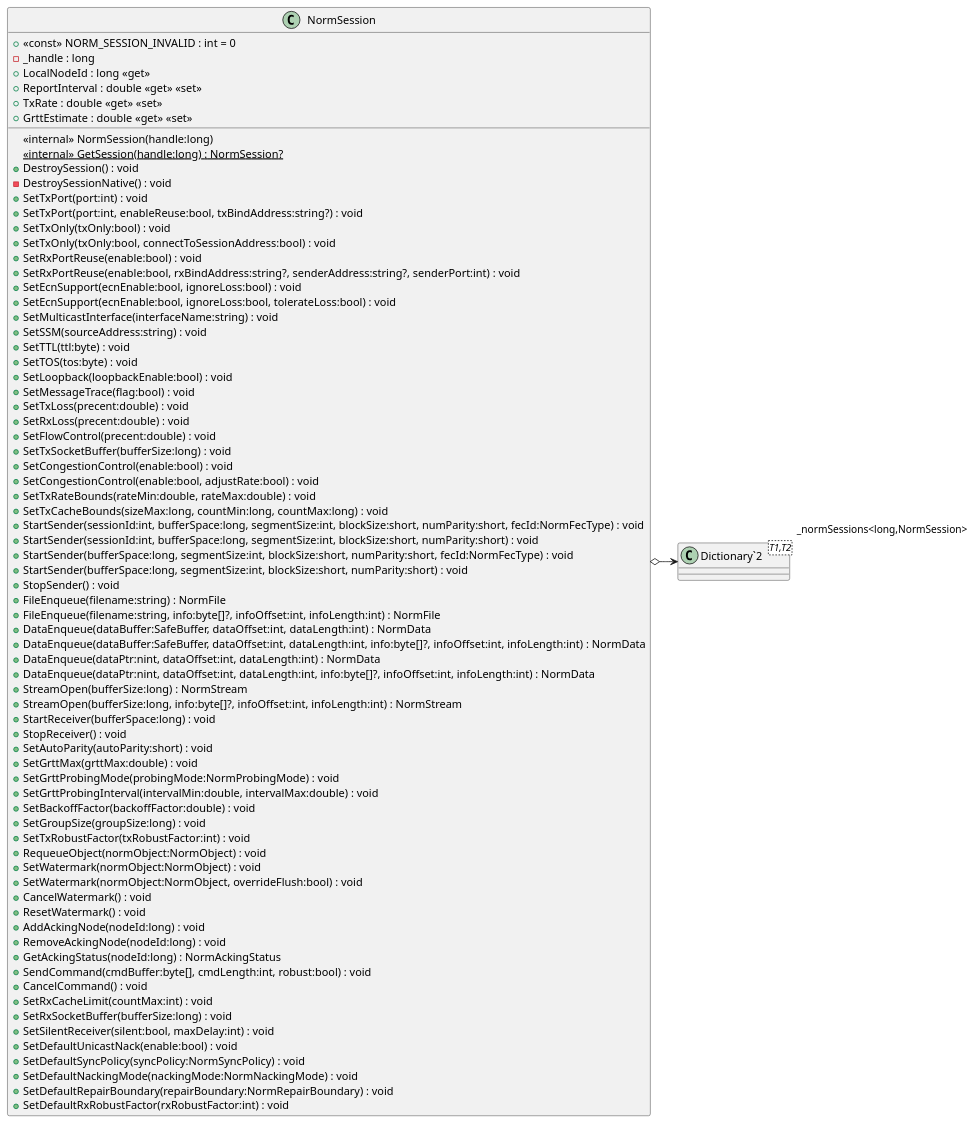
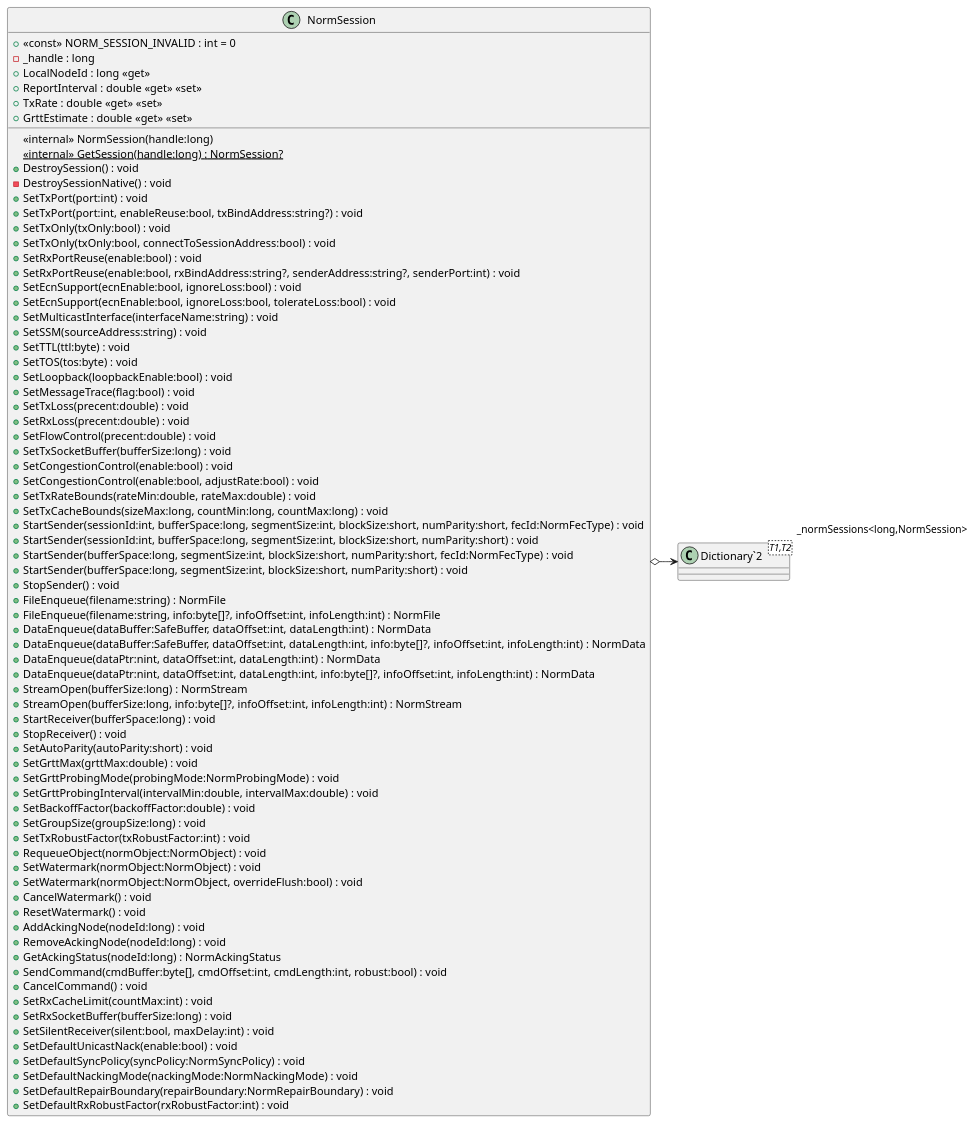
One commit to mullerj/norm changed the diagram in src/dotnet/design/Mil/Navy/Nrl/Norm/NormSession.puml. Above: the diagram before and after it, drawn with PlantUML.

Commit message:
Updated design for session

```diff
--- a/src/dotnet/design/Mil/Navy/Nrl/Norm/NormSession.puml
+++ b/src/dotnet/design/Mil/Navy/Nrl/Norm/NormSession.puml
@@ -1,79 +1,79 @@
 @startuml
 class NormSession {
     + <<const>> NORM_SESSION_INVALID : int = 0
     - _handle : long
     + LocalNodeId : long <<get>>
     + ReportInterval : double <<get>> <<set>>
     + TxRate : double <<get>> <<set>>
     + GrttEstimate : double <<get>> <<set>>
     <<internal>> NormSession(handle:long)
     <<internal>> {static} GetSession(handle:long) : NormSession?
     + DestroySession() : void
     - DestroySessionNative() : void
     + SetTxPort(port:int) : void
     + SetTxPort(port:int, enableReuse:bool, txBindAddress:string?) : void
     + SetTxOnly(txOnly:bool) : void
     + SetTxOnly(txOnly:bool, connectToSessionAddress:bool) : void
     + SetRxPortReuse(enable:bool) : void
     + SetRxPortReuse(enable:bool, rxBindAddress:string?, senderAddress:string?, senderPort:int) : void
     + SetEcnSupport(ecnEnable:bool, ignoreLoss:bool) : void
     + SetEcnSupport(ecnEnable:bool, ignoreLoss:bool, tolerateLoss:bool) : void
     + SetMulticastInterface(interfaceName:string) : void
     + SetSSM(sourceAddress:string) : void
     + SetTTL(ttl:byte) : void
     + SetTOS(tos:byte) : void
     + SetLoopback(loopbackEnable:bool) : void
     + SetMessageTrace(flag:bool) : void
     + SetTxLoss(precent:double) : void
     + SetRxLoss(precent:double) : void
     + SetFlowControl(precent:double) : void
     + SetTxSocketBuffer(bufferSize:long) : void
     + SetCongestionControl(enable:bool) : void
     + SetCongestionControl(enable:bool, adjustRate:bool) : void
     + SetTxRateBounds(rateMin:double, rateMax:double) : void
     + SetTxCacheBounds(sizeMax:long, countMin:long, countMax:long) : void
     + StartSender(sessionId:int, bufferSpace:long, segmentSize:int, blockSize:short, numParity:short, fecId:NormFecType) : void
     + StartSender(sessionId:int, bufferSpace:long, segmentSize:int, blockSize:short, numParity:short) : void
     + StartSender(bufferSpace:long, segmentSize:int, blockSize:short, numParity:short, fecId:NormFecType) : void
     + StartSender(bufferSpace:long, segmentSize:int, blockSize:short, numParity:short) : void
     + StopSender() : void
     + FileEnqueue(filename:string) : NormFile
     + FileEnqueue(filename:string, info:byte[]?, infoOffset:int, infoLength:int) : NormFile
     + DataEnqueue(dataBuffer:SafeBuffer, dataOffset:int, dataLength:int) : NormData
     + DataEnqueue(dataBuffer:SafeBuffer, dataOffset:int, dataLength:int, info:byte[]?, infoOffset:int, infoLength:int) : NormData
     + DataEnqueue(dataPtr:nint, dataOffset:int, dataLength:int) : NormData
     + DataEnqueue(dataPtr:nint, dataOffset:int, dataLength:int, info:byte[]?, infoOffset:int, infoLength:int) : NormData
     + StreamOpen(bufferSize:long) : NormStream
     + StreamOpen(bufferSize:long, info:byte[]?, infoOffset:int, infoLength:int) : NormStream
     + StartReceiver(bufferSpace:long) : void
     + StopReceiver() : void
     + SetAutoParity(autoParity:short) : void
     + SetGrttMax(grttMax:double) : void
     + SetGrttProbingMode(probingMode:NormProbingMode) : void
     + SetGrttProbingInterval(intervalMin:double, intervalMax:double) : void
     + SetBackoffFactor(backoffFactor:double) : void
     + SetGroupSize(groupSize:long) : void
     + SetTxRobustFactor(txRobustFactor:int) : void
     + RequeueObject(normObject:NormObject) : void
     + SetWatermark(normObject:NormObject) : void
     + SetWatermark(normObject:NormObject, overrideFlush:bool) : void
     + CancelWatermark() : void
     + ResetWatermark() : void
     + AddAckingNode(nodeId:long) : void
     + RemoveAckingNode(nodeId:long) : void
     + GetAckingStatus(nodeId:long) : NormAckingStatus
-    + SendCommand(cmdBuffer:byte[], cmdLength:int, robust:bool) : void
+    + SendCommand(cmdBuffer:byte[], cmdOffset:int, cmdLength:int, robust:bool) : void
     + CancelCommand() : void
     + SetRxCacheLimit(countMax:int) : void
     + SetRxSocketBuffer(bufferSize:long) : void
     + SetSilentReceiver(silent:bool, maxDelay:int) : void
     + SetDefaultUnicastNack(enable:bool) : void
     + SetDefaultSyncPolicy(syncPolicy:NormSyncPolicy) : void
     + SetDefaultNackingMode(nackingMode:NormNackingMode) : void
     + SetDefaultRepairBoundary(repairBoundary:NormRepairBoundary) : void
     + SetDefaultRxRobustFactor(rxRobustFactor:int) : void
 }
 class "Dictionary`2"<T1,T2> {
 }
 NormSession o-> "_normSessions<long,NormSession>" "Dictionary`2"
 @enduml
```
